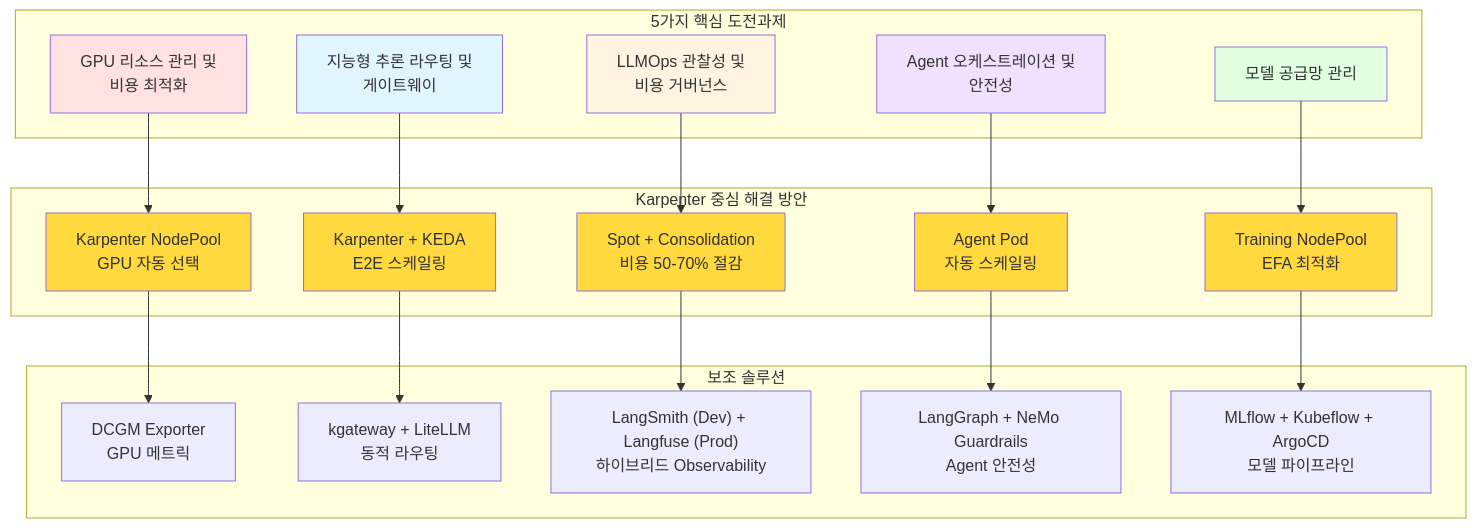
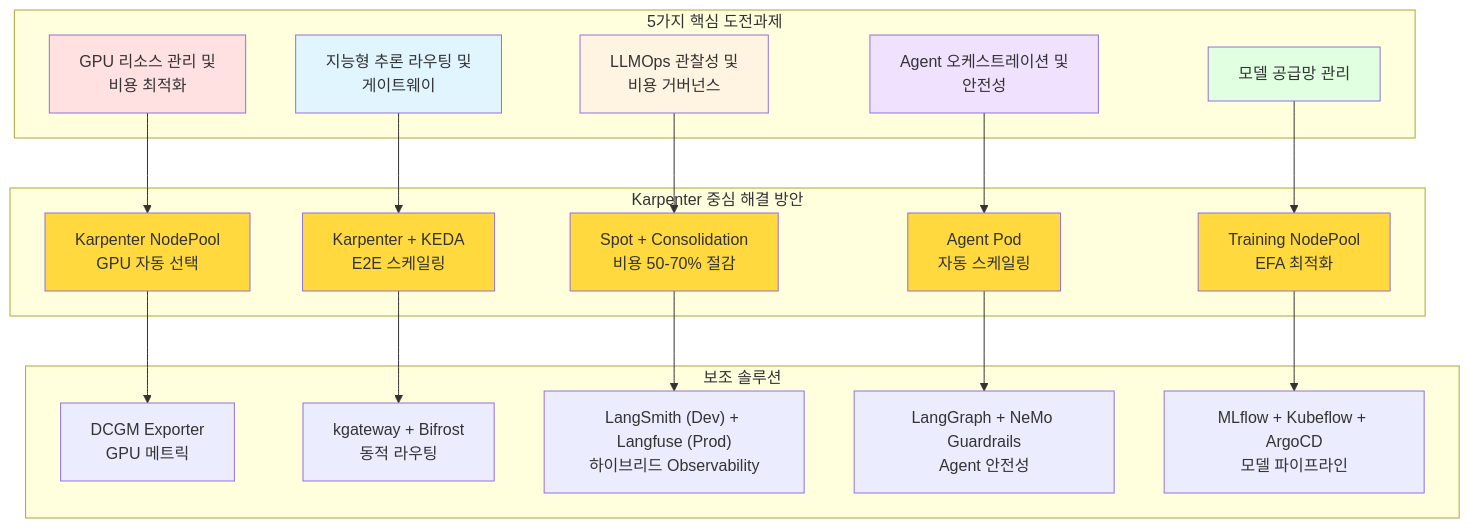
One commit to devfloor9/engineering-playbook changed the sixth of 17 diagrams in docs/agentic-ai-platform/design-architecture/agentic-ai-solutions-eks.md. Above: the diagram before and after it, drawn with Mermaid. The commit also changed other lines of this file and 13 other files, not shown here.

First line of the commit message:
docs: LLM Router 기본 전환 — Bifrost (primary) + LiteLLM (alternative)

````diff
--- a/docs/agentic-ai-platform/design-architecture/agentic-ai-solutions-eks.md
+++ b/docs/agentic-ai-platform/design-architecture/agentic-ai-solutions-eks.md
@@ -320,48 +320,48 @@
 ```mermaid
 flowchart TD
     subgraph Challenges["5가지 핵심 도전과제"]
         C1["GPU 리소스 관리 및<br/>비용 최적화"]
         C2["지능형 추론 라우팅 및<br/>게이트웨이"]
         C3["LLMOps 관찰성 및<br/>비용 거버넌스"]
         C4["Agent 오케스트레이션 및<br/>안전성"]
         C5["모델 공급망 관리"]
     end
 
     subgraph KarpenterSolutions["Karpenter 중심 해결 방안"]
         S1["Karpenter NodePool<br/>GPU 자동 선택"]
         S2["Karpenter + KEDA<br/>E2E 스케일링"]
         S3["Spot + Consolidation<br/>비용 50-70% 절감"]
         S4["Agent Pod<br/>자동 스케일링"]
         S5["Training NodePool<br/>EFA 최적화"]
     end
 
     subgraph AuxSolutions["보조 솔루션"]
         A1["DCGM Exporter<br/>GPU 메트릭"]
-        A2["kgateway + LiteLLM<br/>동적 라우팅"]
+        A2["kgateway + Bifrost<br/>동적 라우팅"]
         A3["LangSmith (Dev) + Langfuse (Prod)<br/>하이브리드 Observability"]
         A4["LangGraph + NeMo Guardrails<br/>Agent 안전성"]
         A5["MLflow + Kubeflow + ArgoCD<br/>모델 파이프라인"]
     end
 
     C1 --> S1
     C2 --> S2
     C3 --> S3
     C4 --> S4
     C5 --> S5
     S1 --> A1
     S2 --> A2
     S3 --> A3
     S4 --> A4
     S5 --> A5
 
     style C1 fill:#ffe1e1
     style C2 fill:#e1f5ff
     style C3 fill:#fff4e1
     style C4 fill:#f0e1ff
     style C5 fill:#e1ffe1
     style S1 fill:#ffd93d
     style S2 fill:#ffd93d
     style S3 fill:#ffd93d
     style S4 fill:#ffd93d
     style S5 fill:#ffd93d
 ```
````
